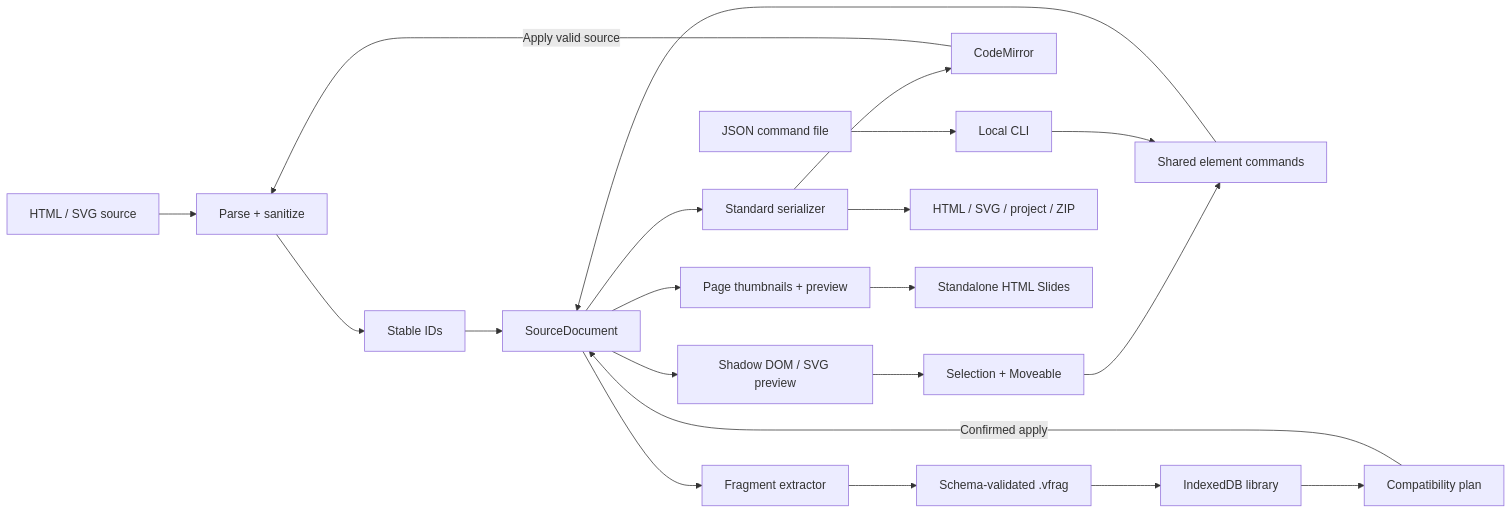
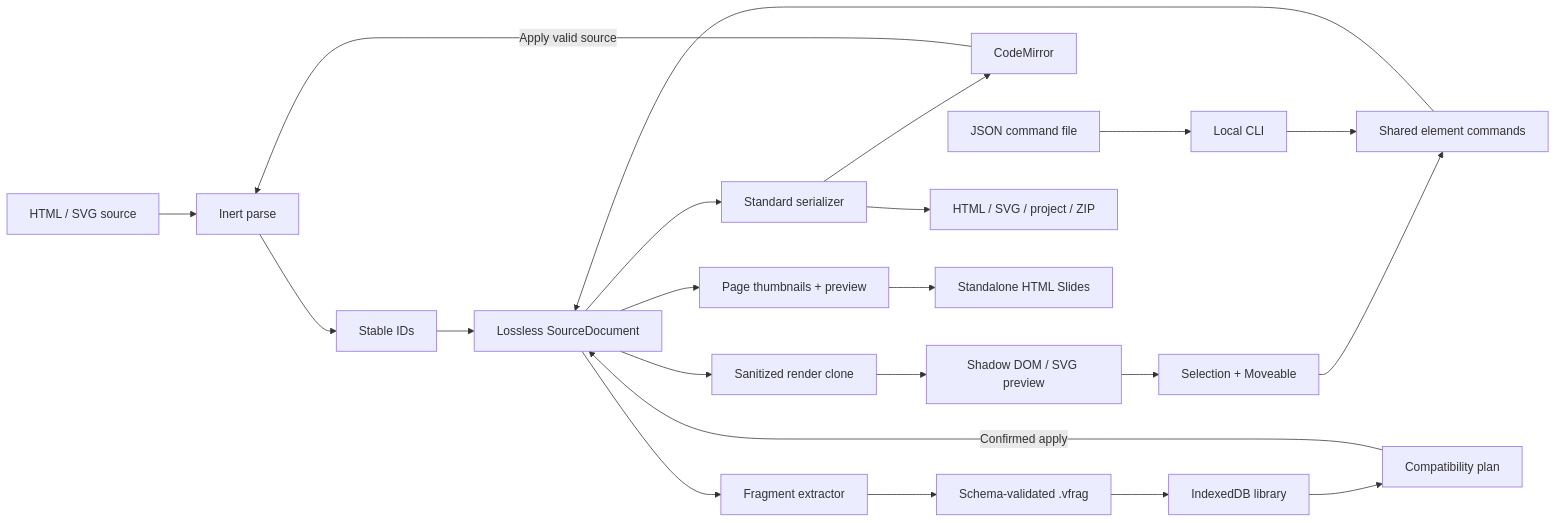
The diagram in docs/ARCHITECTURE.md (YTdou/AfterPrompt), drawn with Mermaid before and after one commit. The commit also changed other lines of this file and 11 other files, not shown here.

````diff
--- a/docs/ARCHITECTURE.md
+++ b/docs/ARCHITECTURE.md
@@ -17,23 +17,24 @@
 ```mermaid
 flowchart LR
-  Source[HTML / SVG source] --> Parse[Parse + sanitize]
+  Source[HTML / SVG source] --> Parse[Inert parse]
   Parse --> IDs[Stable IDs]
-  IDs --> Model[SourceDocument]
-  Model --> Preview[Shadow DOM / SVG preview]
+  IDs --> Model[Lossless SourceDocument]
+  Model --> SafeClone[Sanitized render clone]
+  SafeClone --> Preview[Shadow DOM / SVG preview]
   Preview --> Interaction[Selection + Moveable]
   Interaction --> Commands[Shared element commands]
   Commands --> Model
   Model --> Serialize[Standard serializer]
   Serialize --> Code[CodeMirror]
   Code -->|Apply valid source| Parse
   JSON[JSON command file] --> CLI[Local CLI]
   CLI --> Commands
   Serialize --> Export[HTML / SVG / project / ZIP]
   Model --> Presentation[Page thumbnails + preview]
   Presentation --> Slides[Standalone HTML Slides]
   Model --> Extract[Fragment extractor]
   Extract --> Package[Schema-validated .vfrag]
   Package --> Library[IndexedDB library]
   Library --> Plan[Compatibility plan]
   Plan -->|Confirmed apply| Model
 ```
````
